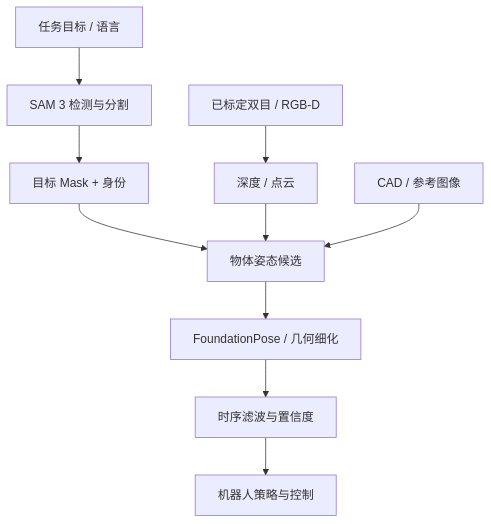
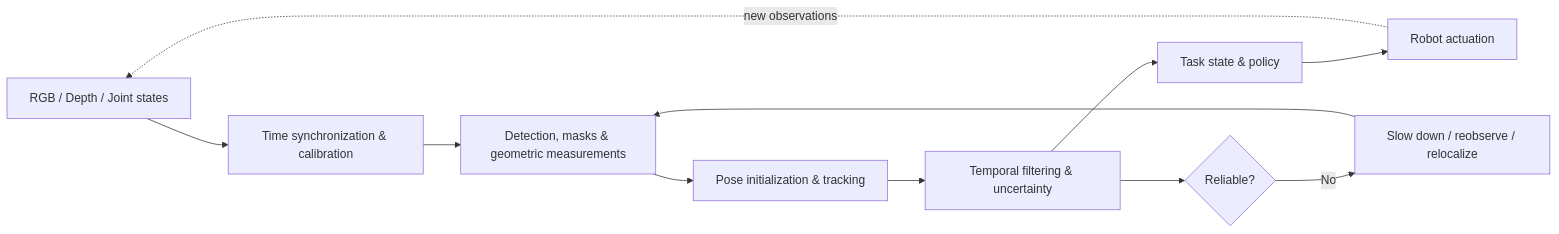
Before and after one commit to zengxiong111/Foundation_of_Embodied_AI: the first of 3 diagrams in md/Visual_State_Estimation_ZH.md, drawn with Mermaid. The commit also changed other lines of this file and 35 other files, not shown here.

````diff
--- a/md/Visual_State_Estimation_ZH.md
+++ b/md/Visual_State_Estimation_ZH.md
@@ -312,12 +115,13 @@
-~~~mermaid
-flowchart TD
-  A["任务目标 / 语言"] --> B["SAM 3 检测与分割"]
-  B --> C["目标 Mask + 身份"]
-  D["已标定双目 / RGB-D"] --> E["深度 / 点云"]
-  C --> F["物体姿态候选"]
-  E --> F
-  G["CAD / 参考图像"] --> F
-  F --> H["FoundationPose / 几何细化"]
-  H --> I["时序滤波与置信度"]
-  I --> J["机器人策略与控制"]
-~~~
+```mermaid
+flowchart LR
+  A[RGB / Depth / Joint states] --> B[Time synchronization & calibration]
+  B --> C[Detection, masks & geometric measurements]
+  C --> D[Pose initialization & tracking]
+  D --> E[Temporal filtering & uncertainty]
+  E --> F[Task state & policy]
+  F --> G[Robot actuation]
+  G -. new observations .-> A
+  E --> H{Reliable?}
+  H -- No --> I[Slow down / reobserve / relocalize]
+  I --> C
+```
````
